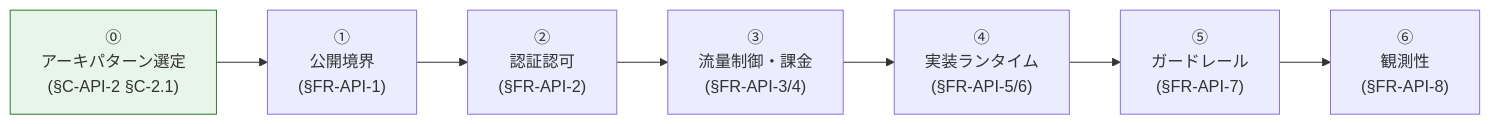
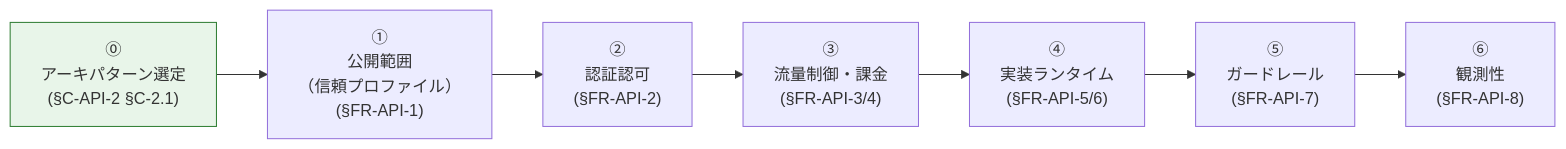
The diagram in doc/api-platform/proposal/00-index.md (suepie/aws-atuh-poc), drawn with Mermaid before and after one commit. The commit also changed other lines of this file and 27 other files, not shown here.

````diff
--- a/doc/api-platform/proposal/00-index.md
+++ b/doc/api-platform/proposal/00-index.md
@@ -26,11 +26,11 @@
 ```mermaid
 flowchart LR
-    S0["⓪<br/>アーキパターン選定<br/>(§C-API-2 §C-2.1)"] --> S1["①<br/>公開境界<br/>(§FR-API-1)"]
+    S0["⓪<br/>アーキパターン選定<br/>(§C-API-2 §C-2.1)"] --> S1["①<br/>公開範囲<br/>（信頼プロファイル）<br/>(§FR-API-1)"]
     S1 --> S2["②<br/>認証認可<br/>(§FR-API-2)"]
     S2 --> S3["③<br/>流量制御・課金<br/>(§FR-API-3/4)"]
     S3 --> S4["④<br/>実装ランタイム<br/>(§FR-API-5/6)"]
     S4 --> S5["⑤<br/>ガードレール<br/>(§FR-API-7)"]
     S5 --> S6["⑥<br/>観測性<br/>(§FR-API-8)"]
 
     style S0 fill:#e8f5e9,stroke:#2e7d32
 ```
````
